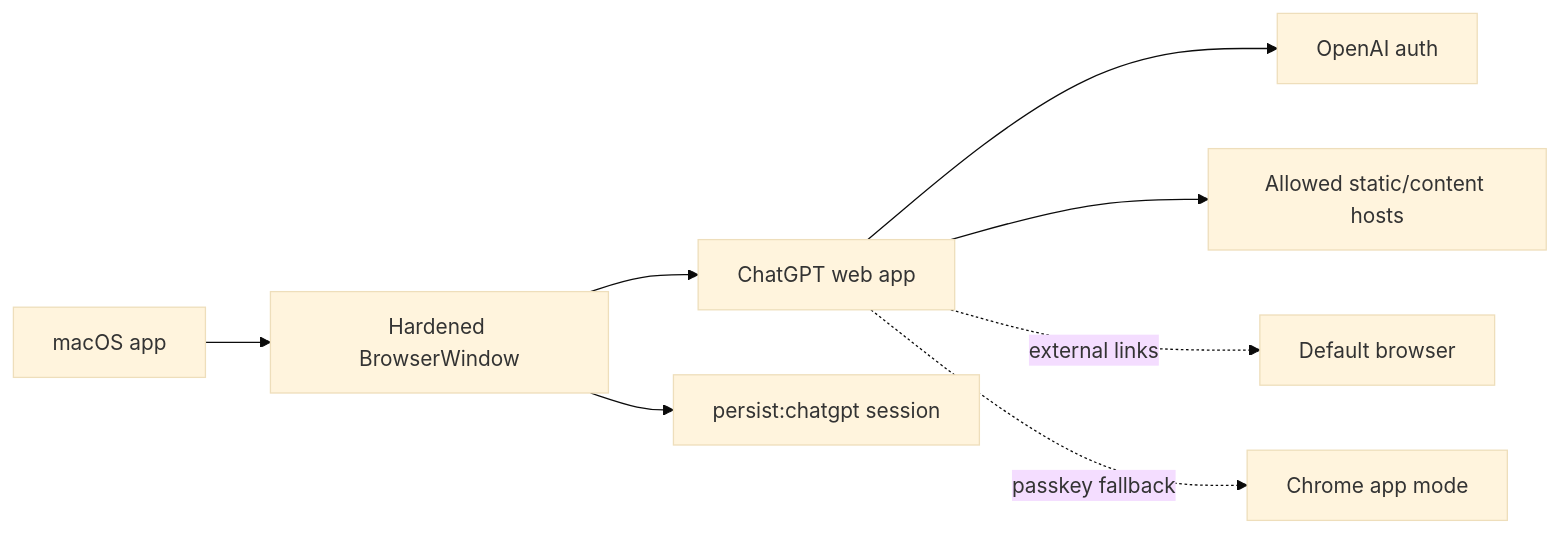
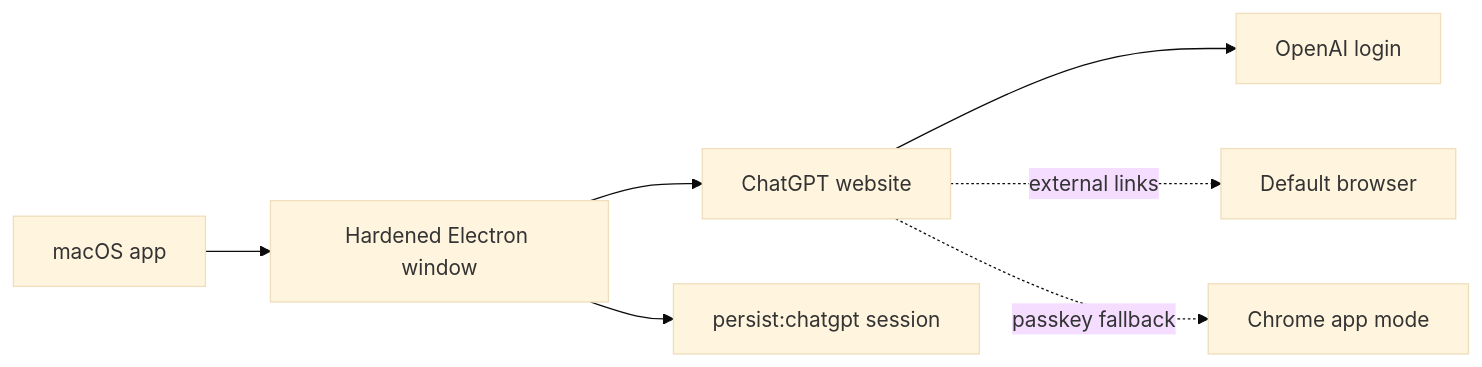
Before and after one commit to ihearttokyo/chatgpt-wrapper: the diagram in README.md, drawn with Mermaid (base theme). The commit also changed other lines of this file and 4 other files, not shown here.

````diff
--- a/README.md
+++ b/README.md
@@ -24,10 +24,9 @@
 ```mermaid
 flowchart LR
-  A["macOS app"] --> B["Hardened BrowserWindow"]
-  B --> C["ChatGPT web app"]
+  A["macOS app"] --> B["Hardened Electron window"]
+  B --> C["ChatGPT website"]
   B --> D["persist:chatgpt session"]
-  C --> E["OpenAI auth"]
-  C --> F["Allowed static/content hosts"]
-  C -. "external links" .-> G["Default browser"]
-  C -. "passkey fallback" .-> H["Chrome app mode"]
+  C --> E["OpenAI login"]
+  C -. "external links" .-> F["Default browser"]
+  C -. "passkey fallback" .-> G["Chrome app mode"]
 ```
````
